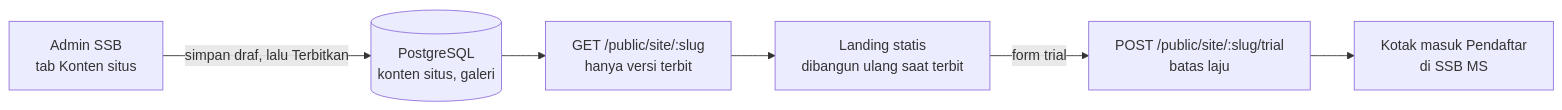
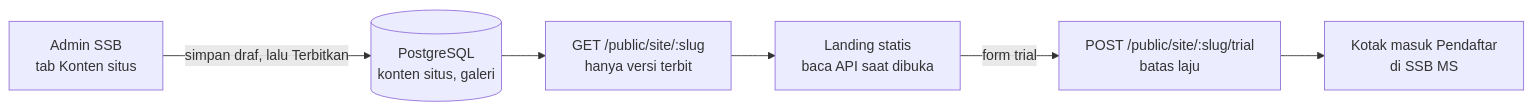
The diagram in docs/profil.md (sanzuke/ssb-management-system), drawn with Mermaid before and after one commit. The commit also changed other lines of this file and 3 other files, not shown here.

Commit message:
Dokumen: landing membaca API saat dibuka, CMS terpasang

````diff
--- a/docs/profil.md
+++ b/docs/profil.md
@@ -15,8 +15,8 @@
 ```mermaid
 flowchart LR
   A["Admin SSB<br/>tab Konten situs"] -->|simpan draf, lalu Terbitkan| B[("PostgreSQL<br/>konten situs, galeri")]
   B --> C["GET /public/site/:slug<br/>hanya versi terbit"]
-  C --> D["Landing statis<br/>dibangun ulang saat terbit"]
+  C --> D["Landing statis<br/>baca API saat dibuka"]
   D -->|form trial| E["POST /public/site/:slug/trial<br/>batas laju"]
   E --> F["Kotak masuk Pendaftar<br/>di SSB MS"]
 ```
````
